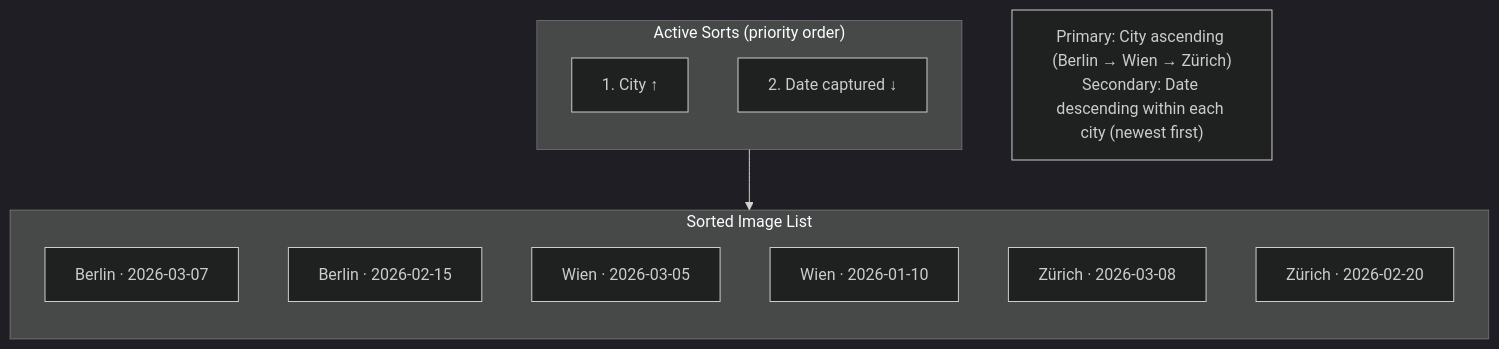
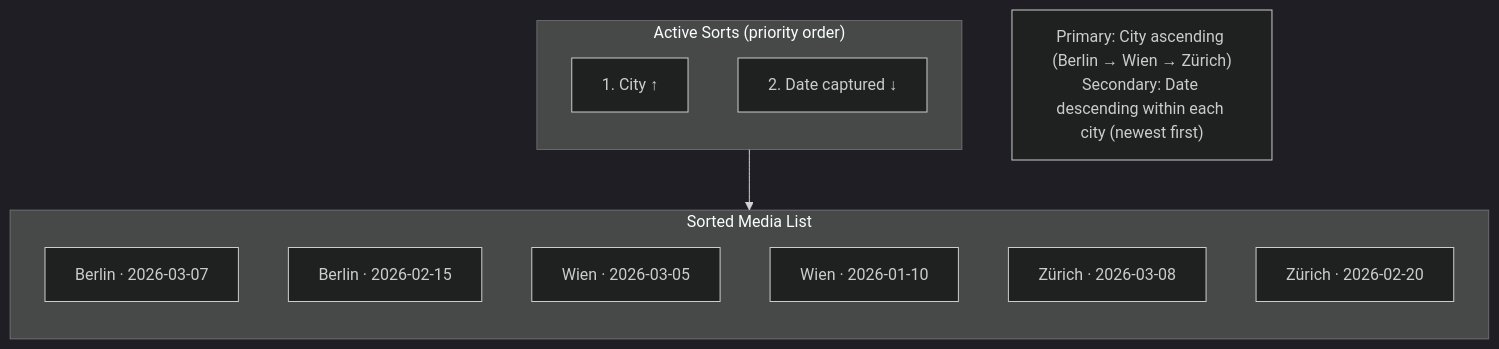
Before and after one commit to matkleve/feldpost: the seventh of 7 diagrams in docs/specs/component/sort-dropdown.md, drawn with Mermaid (dark theme). The commit also changed other lines of this file and 26 other files, not shown here.

````diff
--- a/docs/specs/component/sort-dropdown.md
+++ b/docs/specs/component/sort-dropdown.md
@@ -335,21 +335,21 @@
 ```mermaid
 flowchart TD
     subgraph SortOrder["Active Sorts (priority order)"]
         direction TB
         P1["1. City ↑"]
         P2["2. Date captured ↓"]
     end
 
-    subgraph Result["Sorted Image List"]
+    subgraph Result["Sorted Media List"]
         direction TB
         R1["Berlin · 2026-03-07"]
         R2["Berlin · 2026-02-15"]
         R3["Wien · 2026-03-05"]
         R4["Wien · 2026-01-10"]
         R5["Zürich · 2026-03-08"]
         R6["Zürich · 2026-02-20"]
     end
 
     SortOrder --> Result
     Note1["Primary: City ascending (Berlin → Wien → Zürich)\nSecondary: Date descending within each city (newest first)"]
 ```
````
